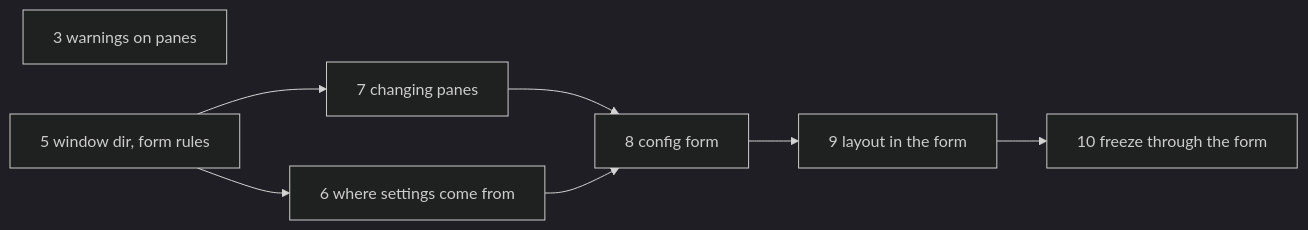
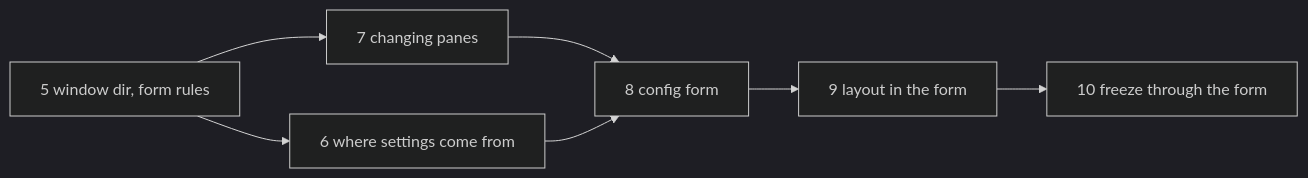
One commit to medilies/weaver changed the diagram in docs/backlog.md. Above: the diagram before and after it, drawn with Mermaid (dark theme). The commit also changed other lines of this file and 7 other files, not shown here.

First line of the commit message:
feat(browser): draw warnings on the panes they concern

````diff
--- a/docs/backlog.md
+++ b/docs/backlog.md
@@ -44,9 +43,8 @@
 ```mermaid
 flowchart LR
-    T3[3 warnings on panes]
     T5[5 window dir, form rules] --> T6[6 where settings come from]
     T5 --> T7[7 changing panes]
     T7 --> T8[8 config form]
     T6 --> T8
     T8 --> T9[9 layout in the form] --> T10[10 freeze through the form]
 ```
````
